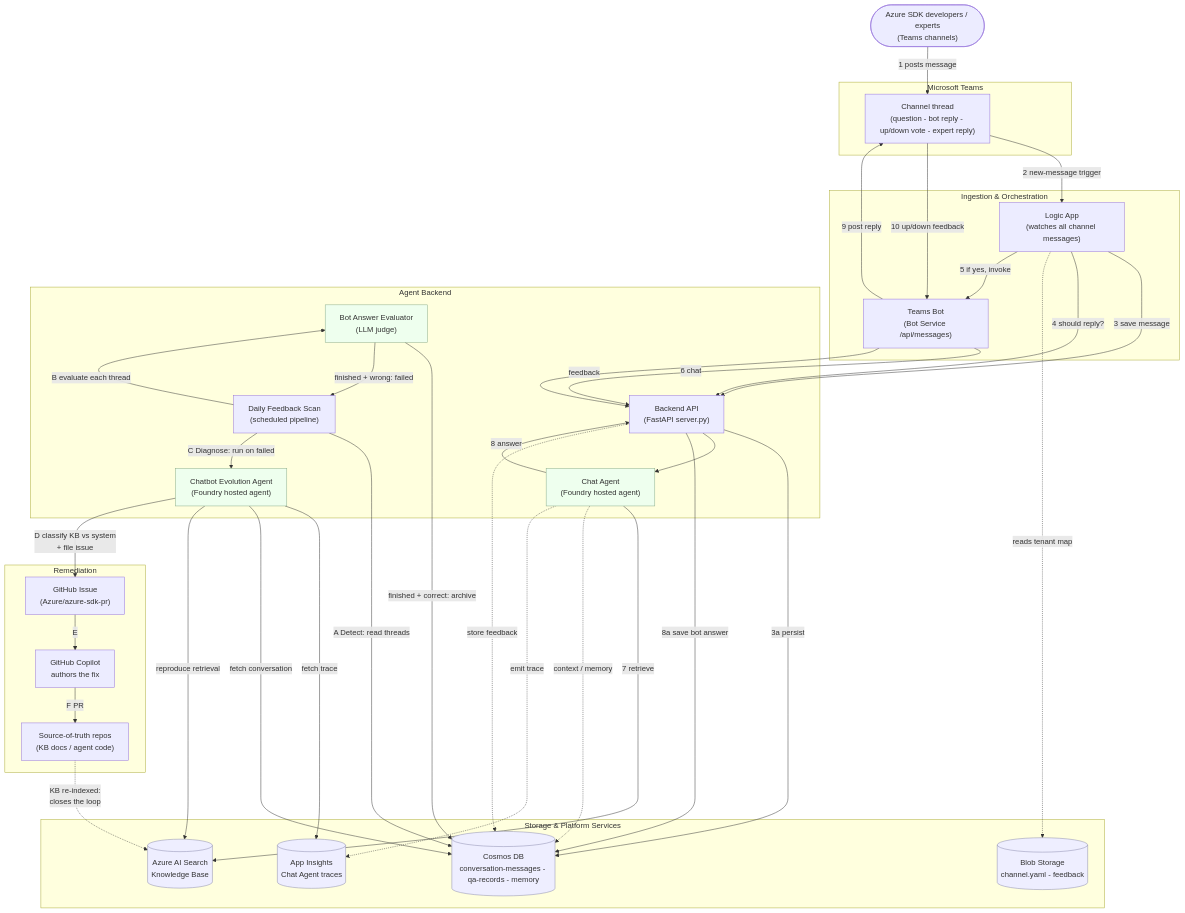
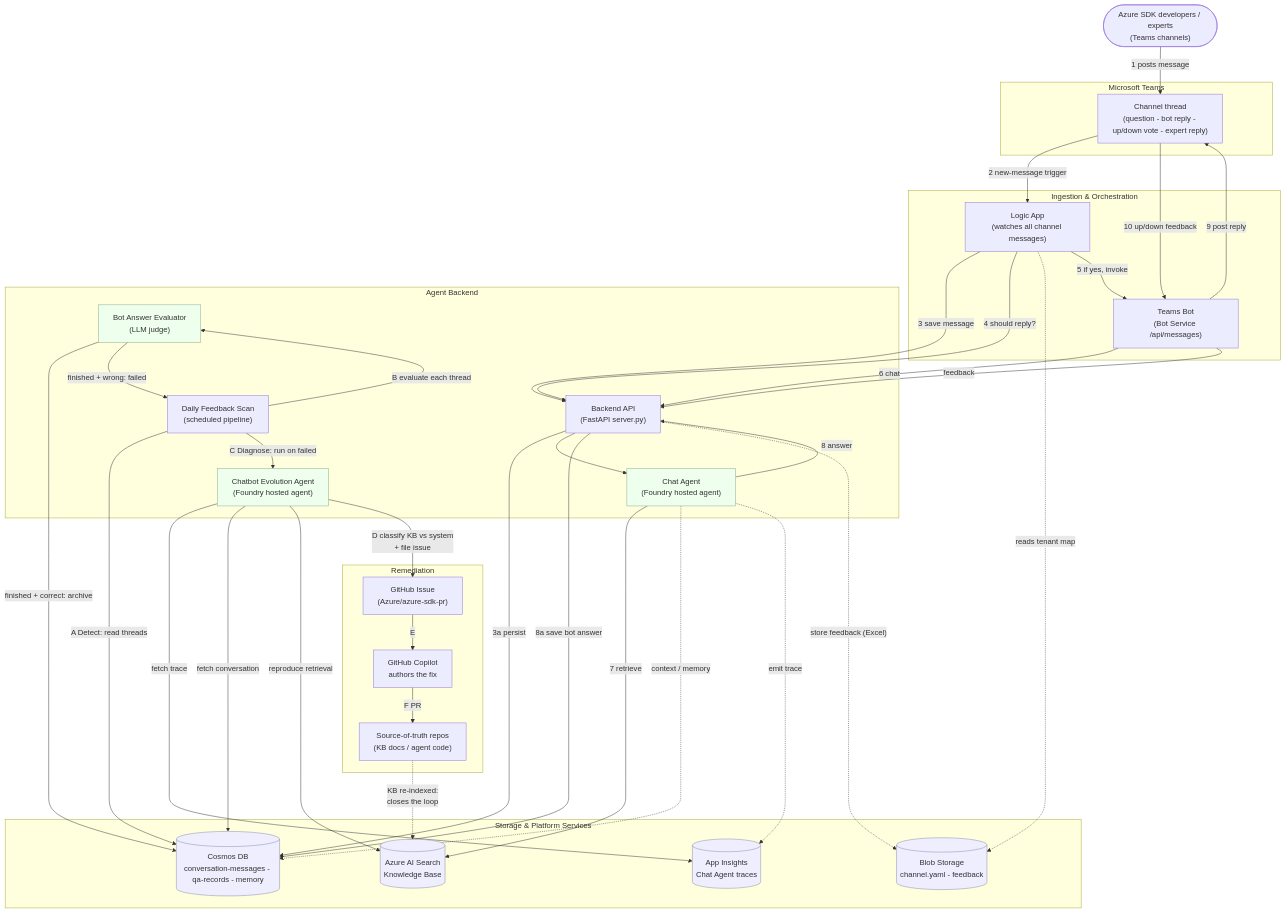
One commit to Azure/azure-sdk-tools changed the diagram in tools/sdk-ai-bots/azure-sdk-qa-bot-agent/docs/chatbot-evolution-agent-design.md. Above: the diagram before and after it, drawn with Mermaid. The commit also changed other lines of this file and 12 other files, not shown here.

````diff
--- a/tools/sdk-ai-bots/azure-sdk-qa-bot-agent/docs/chatbot-evolution-agent-design.md
+++ b/tools/sdk-ai-bots/azure-sdk-qa-bot-agent/docs/chatbot-evolution-agent-design.md
@@ -24,73 +24,73 @@
 ```mermaid
 flowchart TB
     User(["Azure SDK developers / experts<br/>(Teams channels)"])
 
     subgraph TEAMS["Microsoft Teams"]
         Channel["Channel thread<br/>(question - bot reply - up/down vote - expert reply)"]
     end
 
     subgraph ORCH["Ingestion & Orchestration"]
         LogicApp["Logic App<br/>(watches all channel messages)"]
         Bot["Teams Bot<br/>(Bot Service /api/messages)"]
     end
 
     subgraph BACKEND["Agent Backend"]
         Server["Backend API<br/>(FastAPI server.py)"]
         ChatAgent["Chat Agent<br/>(Foundry hosted agent)"]
         Evaluator["Bot Answer Evaluator<br/>(LLM judge)"]
         EvolutionAgent["Chatbot Evolution Agent<br/>(Foundry hosted agent)"]
         Scan["Daily Feedback Scan<br/>(scheduled pipeline)"]
     end
 
     subgraph STORE["Storage & Platform Services"]
         Cosmos[("Cosmos DB<br/>conversation-messages - qa-records - memory")]
         Blob[("Blob Storage<br/>channel.yaml - feedback")]
         Search[("Azure AI Search<br/>Knowledge Base")]
         AppIns[("App Insights<br/>Chat Agent traces")]
     end
 
     subgraph GH["Remediation"]
         Issue["GitHub Issue<br/>(Azure/azure-sdk-pr)"]
         Copilot["GitHub Copilot<br/>authors the fix"]
         Sources["Source-of-truth repos<br/>(KB docs / agent code)"]
     end
 
     %% ---------- Answer flow (runtime) ----------
     User -->|"1 posts message"| Channel
     Channel -->|"2 new-message trigger"| LogicApp
     LogicApp -->|"3 save message"| Server
     Server -->|"3a persist"| Cosmos
     LogicApp -->|"4 should reply?"| Server
     LogicApp -.->|"reads tenant map"| Blob
     LogicApp -->|"5 if yes, invoke"| Bot
     Bot -->|"6 chat"| Server
     Server --> ChatAgent
     ChatAgent -->|"7 retrieve"| Search
     ChatAgent -.->|"context / memory"| Cosmos
     ChatAgent -.->|"emit trace"| AppIns
     ChatAgent -->|"8 answer"| Server
     Server -->|"8a save bot answer"| Cosmos
     Bot -->|"9 post reply"| Channel
     Channel -->|"10 up/down feedback"| Bot
     Bot -->|"feedback"| Server
-    Server -.->|"store feedback"| Cosmos
+    Server -.->|"store feedback (Excel)"| Blob
 
     %% ---------- Feedback loop (daily) ----------
     Scan -->|"A Detect: read threads"| Cosmos
     Scan -->|"B evaluate each thread"| Evaluator
     Evaluator -->|"finished + correct: archive"| Cosmos
     Evaluator -->|"finished + wrong: failed"| Scan
     Scan -->|"C Diagnose: run on failed"| EvolutionAgent
     EvolutionAgent -->|"fetch trace"| AppIns
     EvolutionAgent -->|"fetch conversation"| Cosmos
     EvolutionAgent -->|"reproduce retrieval"| Search
     EvolutionAgent -->|"D classify KB vs system<br/>+ file issue"| Issue
     Issue -->|"E"| Copilot
     Copilot -->|"F PR"| Sources
     Sources -.->|"KB re-indexed:<br/>closes the loop"| Search
 
     classDef store fill:#eef,stroke:#88a
     classDef agent fill:#efe,stroke:#8a8
     class Cosmos,Blob,Search,AppIns store
     class ChatAgent,EvolutionAgent,Evaluator agent
 ```
````
